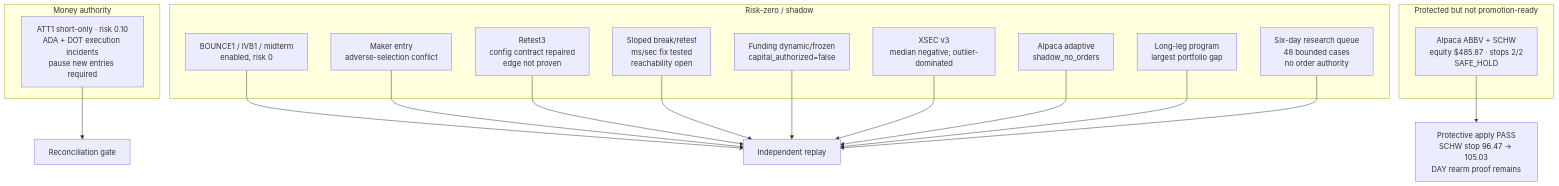
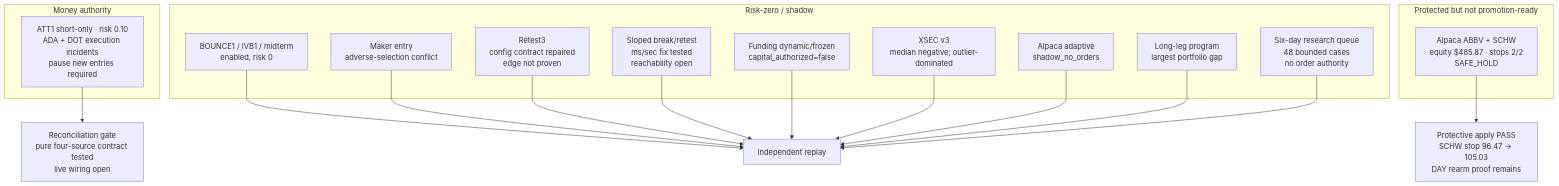
One commit to Brokenbass90/by-bot changed the fourth of 6 diagrams in reports/CODEX_PROJECT_VISUAL_MAP_2026_08_10.md. Above: the diagram before and after it, drawn with Mermaid. The commit also changed 6 other files, not shown here.

Commit message:
add pure four-source position reconciliation contract

````diff
--- a/reports/CODEX_PROJECT_VISUAL_MAP_2026_08_10.md
+++ b/reports/CODEX_PROJECT_VISUAL_MAP_2026_08_10.md
@@ -65,34 +65,34 @@
 ```mermaid
 flowchart TB
     subgraph Money["Money authority"]
         ATT["ATT1 short-only · risk 0.10<br/>ADA + DOT execution incidents<br/>pause new entries required"]
     end
 
     subgraph RiskZero["Risk-zero / shadow"]
         B1["BOUNCE1 / IVB1 / midterm<br/>enabled, risk 0"]
         MK["Maker entry<br/>adverse-selection conflict"]
         RT["Retest3<br/>config contract repaired<br/>edge not proven"]
         SB["Sloped break/retest<br/>ms/sec fix tested<br/>reachability open"]
         FU["Funding dynamic/frozen<br/>capital_authorized=false"]
         XS["XSEC v3<br/>median negative; outlier-dominated"]
         AP["Alpaca adaptive<br/>shadow_no_orders"]
         LG["Long-leg program<br/>largest portfolio gap"]
         SD["Six-day research queue<br/>48 bounded cases<br/>no order authority"]
     end
 
     subgraph SafeHold["Protected but not promotion-ready"]
         AL["Alpaca ABBV + SCHW<br/>equity $485.87 · stops 2/2<br/>SAFE_HOLD"]
     end
 
-    ATT --> REC["Reconciliation gate"]
+    ATT --> REC["Reconciliation gate<br/>pure four-source contract tested<br/>live wiring open"]
     B1 --> REP["Independent replay"]
     MK --> REP
     RT --> REP
     SB --> REP
     FU --> REP
     XS --> REP
     AP --> REP
     LG --> REP
     SD --> REP
     AL --> MKT["Protective apply PASS<br/>SCHW stop 96.47 → 105.03<br/>DAY rearm proof remains"]
 ```
````
